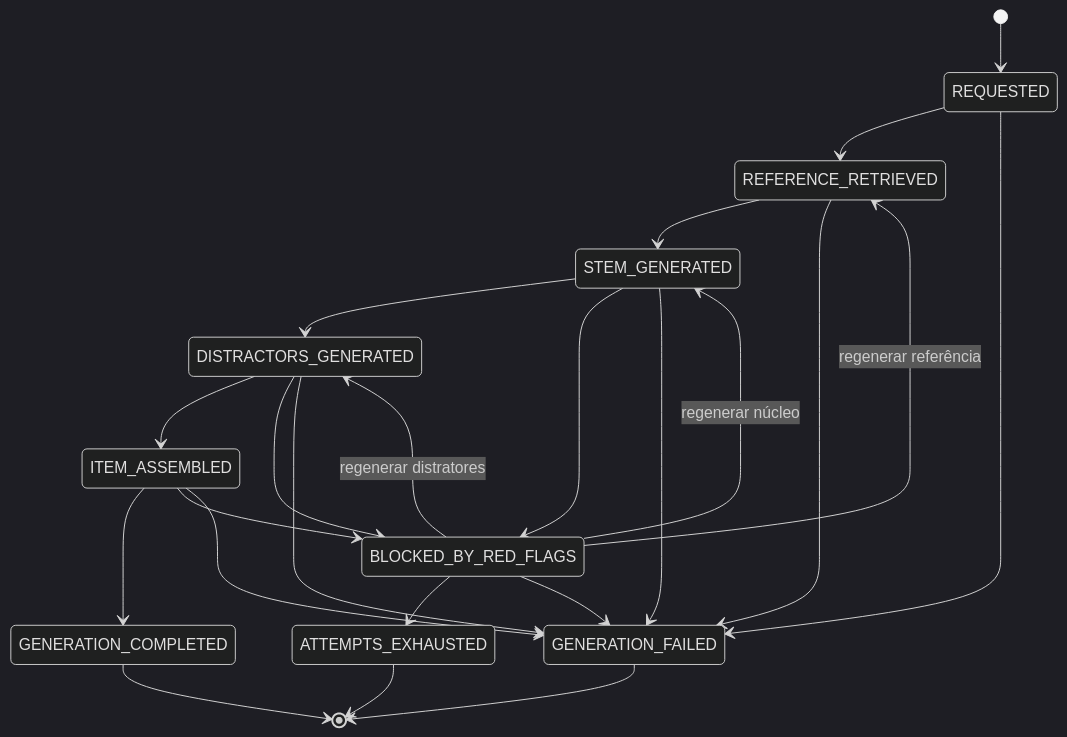
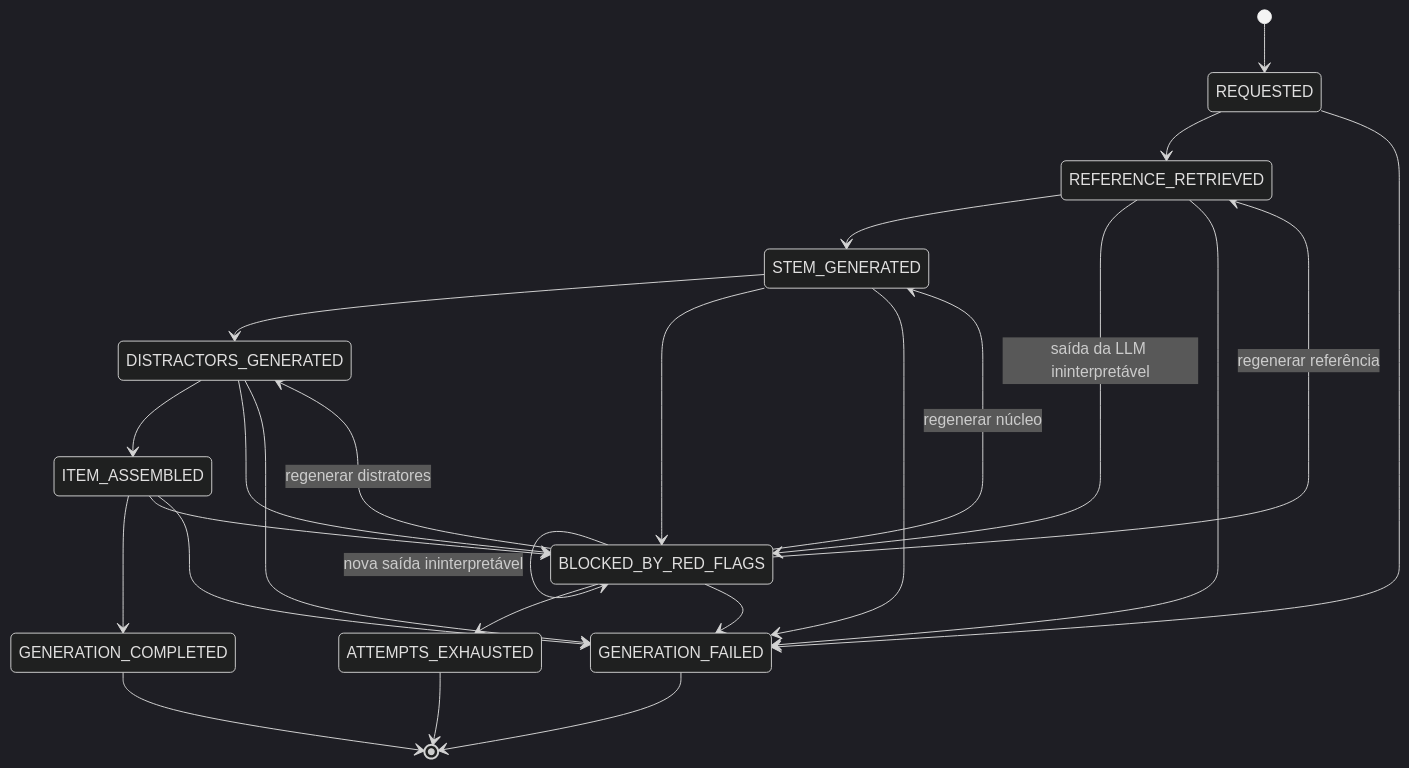
One commit to camillabdt/HAILACBQs changed the diagram in evaluation/STATE_MACHINE.md. Above: the diagram before and after it, drawn with Mermaid (dark theme). The commit also changed other lines of this file and 14 other files, not shown here.

````diff
--- a/evaluation/STATE_MACHINE.md
+++ b/evaluation/STATE_MACHINE.md
@@ -5,25 +5,27 @@
 ```mermaid
 stateDiagram-v2
     [*] --> REQUESTED
     REQUESTED --> REFERENCE_RETRIEVED
     REQUESTED --> GENERATION_FAILED
     REFERENCE_RETRIEVED --> STEM_GENERATED
+    REFERENCE_RETRIEVED --> BLOCKED_BY_RED_FLAGS: saída da LLM ininterpretável
     REFERENCE_RETRIEVED --> GENERATION_FAILED
     STEM_GENERATED --> DISTRACTORS_GENERATED
     STEM_GENERATED --> BLOCKED_BY_RED_FLAGS
     STEM_GENERATED --> GENERATION_FAILED
     DISTRACTORS_GENERATED --> ITEM_ASSEMBLED
     DISTRACTORS_GENERATED --> BLOCKED_BY_RED_FLAGS
     DISTRACTORS_GENERATED --> GENERATION_FAILED
     ITEM_ASSEMBLED --> GENERATION_COMPLETED
     ITEM_ASSEMBLED --> BLOCKED_BY_RED_FLAGS
     ITEM_ASSEMBLED --> GENERATION_FAILED
+    BLOCKED_BY_RED_FLAGS --> BLOCKED_BY_RED_FLAGS: nova saída ininterpretável
     BLOCKED_BY_RED_FLAGS --> REFERENCE_RETRIEVED: regenerar referência
     BLOCKED_BY_RED_FLAGS --> STEM_GENERATED: regenerar núcleo
     BLOCKED_BY_RED_FLAGS --> DISTRACTORS_GENERATED: regenerar distratores
     BLOCKED_BY_RED_FLAGS --> ATTEMPTS_EXHAUSTED
     BLOCKED_BY_RED_FLAGS --> GENERATION_FAILED
     GENERATION_COMPLETED --> [*]
     ATTEMPTS_EXHAUSTED --> [*]
     GENERATION_FAILED --> [*]
 ```
````
